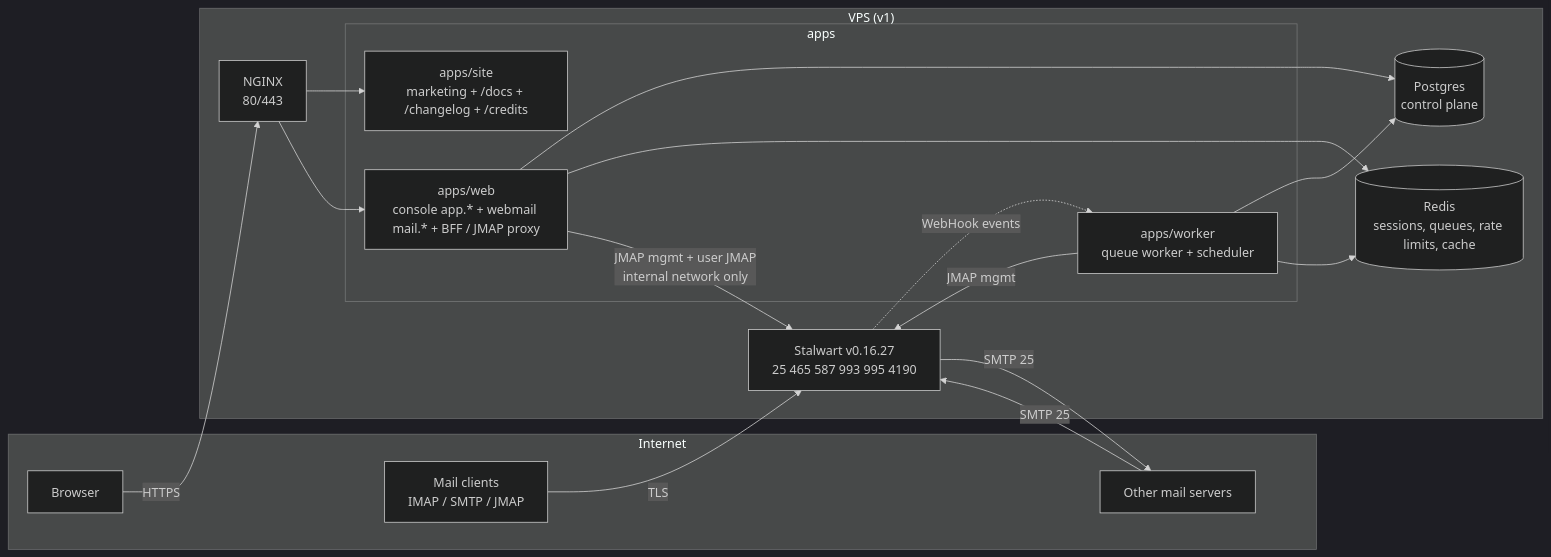
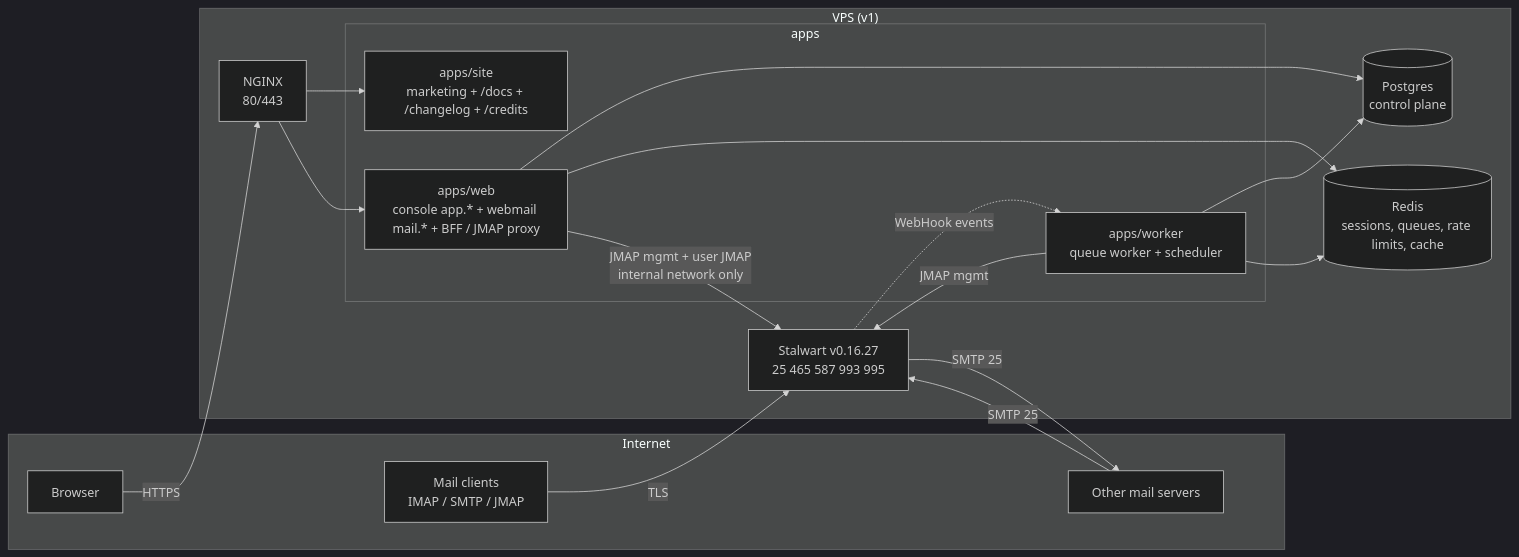
Before and after one commit to anhourtec/anhourmail: the diagram in docs/internal/01-architecture.md, drawn with Mermaid (dark theme). The commit also changed other lines of this file and 5 other files, not shown here.

````diff
--- a/docs/internal/01-architecture.md
+++ b/docs/internal/01-architecture.md
@@ -7,32 +7,32 @@
 ```mermaid
 flowchart LR
   subgraph Internet
     B[Browser]
     C[Mail clients<br/>IMAP / SMTP / JMAP]
     X[Other mail servers]
   end
   subgraph Host["VPS (v1)"]
     N[NGINX<br/>80/443]
     subgraph apps
       S[apps/site<br/>marketing + /docs + /changelog + /credits]
       W[apps/web<br/>console app.* + webmail mail.* + BFF / JMAP proxy]
       K[apps/worker<br/>queue worker + scheduler]
     end
     P[(Postgres<br/>control plane)]
     R[(Redis<br/>sessions, queues, rate limits, cache)]
-    ST[Stalwart v0.16.27<br/>25 465 587 993 995 4190]
+    ST[Stalwart v0.16.27<br/>25 465 587 993 995]
   end
   B -->|HTTPS| N
   N --> S
   N --> W
   W --> P
   W --> R
   W -->|JMAP mgmt + user JMAP<br/>internal network only| ST
   K --> P
   K --> R
   K -->|JMAP mgmt| ST
   ST -. WebHook events .-> K
   C -->|TLS| ST
   X -->|SMTP 25| ST
   ST -->|SMTP 25| X
 ```
````
